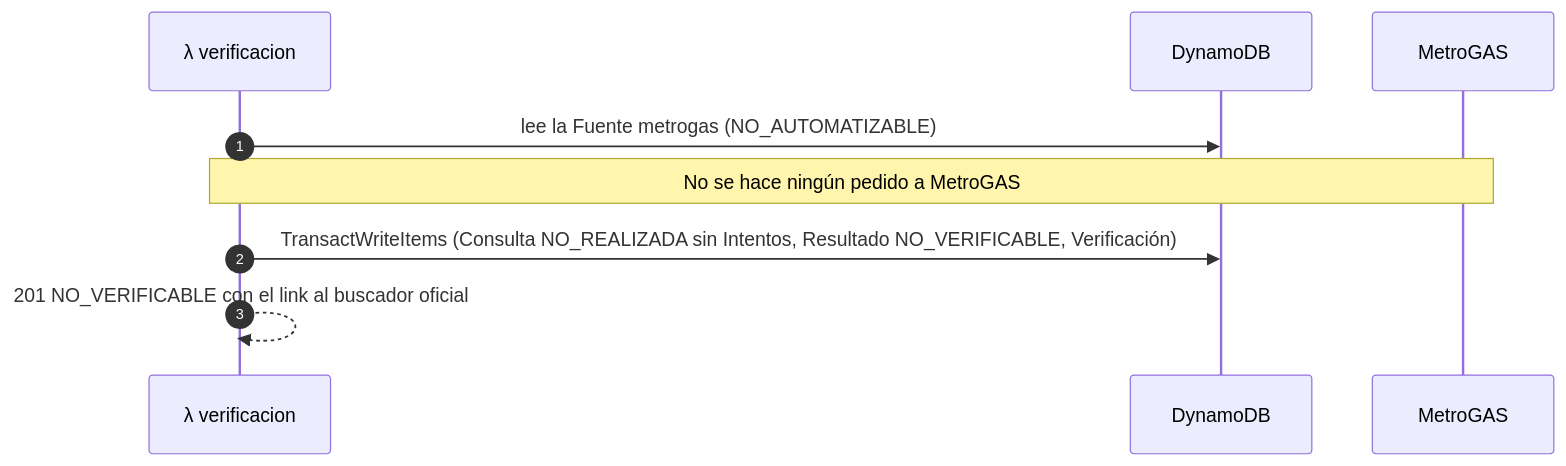
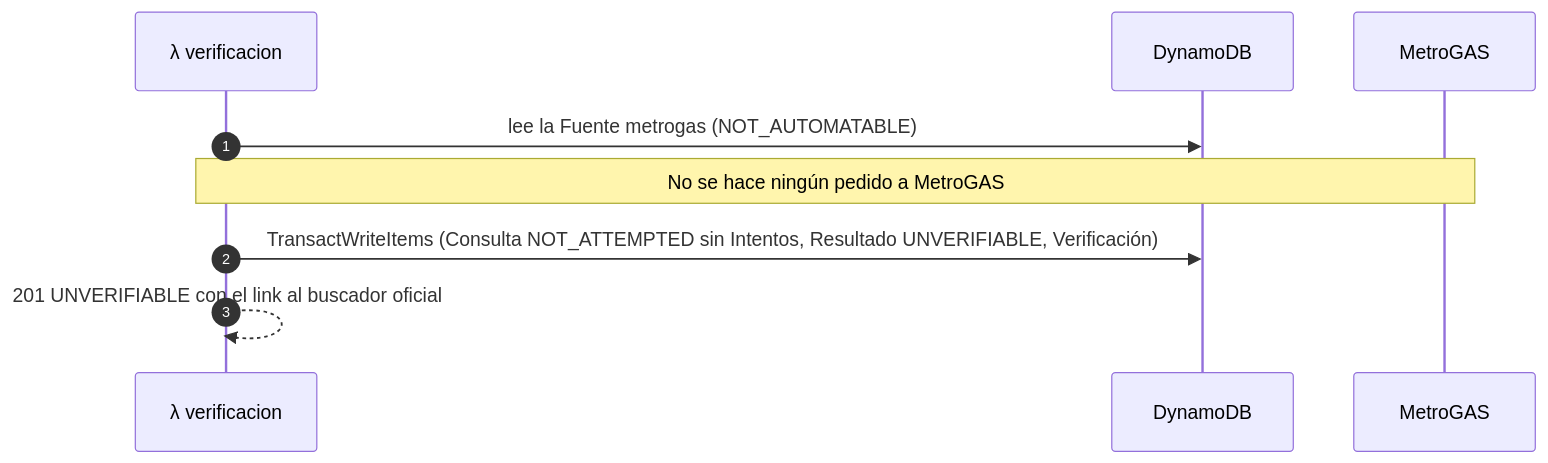
The fourth of 4 diagrams in docs/api.md (IvanDaniliuk01/MatriculAR), drawn with Mermaid before and after one commit. The commit also changed other lines of this file and 23 other files, not shown here.

````diff
--- a/docs/api.md
+++ b/docs/api.md
@@ -383,12 +383,12 @@
 ```mermaid
 sequenceDiagram
     autonumber
     participant L as λ verificacion
     participant D as DynamoDB
     participant M as MetroGAS
 
-    L->>D: lee la Fuente metrogas (NO_AUTOMATIZABLE)
+    L->>D: lee la Fuente metrogas (NOT_AUTOMATABLE)
     Note over L,M: No se hace ningún pedido a MetroGAS
-    L->>D: TransactWriteItems (Consulta NO_REALIZADA sin Intentos, Resultado NO_VERIFICABLE, Verificación)
-    L-->>L: 201 NO_VERIFICABLE con el link al buscador oficial
+    L->>D: TransactWriteItems (Consulta NOT_ATTEMPTED sin Intentos, Resultado UNVERIFIABLE, Verificación)
+    L-->>L: 201 UNVERIFIABLE con el link al buscador oficial
 ```
````
